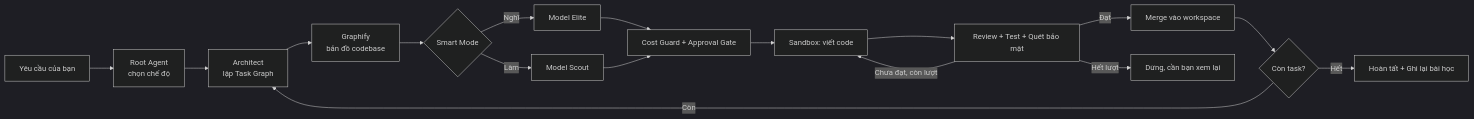
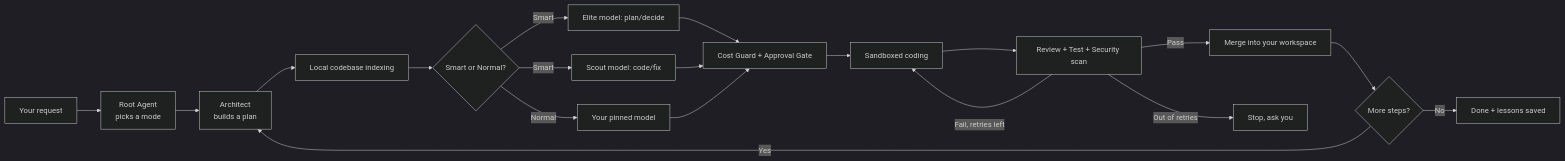
One commit to oree-nguyen/darkshark changed the diagram in README.md. Above: the diagram before and after it, drawn with Mermaid (dark theme). The commit also changed other lines of this file, not shown here.

````diff
--- a/README.md
+++ b/README.md
@@ -95,19 +139,21 @@
 ```mermaid
 flowchart LR
-    A[Yêu cầu của bạn] --> B[Root Agent<br/>chọn chế độ]
-    B --> C[Architect<br/>lập Task Graph]
-    C --> D[Graphify<br/>bản đồ codebase]
-    D --> E{Smart Mode}
-    E -->|Nghĩ| F[Model Elite]
-    E -->|Làm| G[Model Scout]
-    F --> H[Cost Guard + Approval Gate]
-    G --> H
-    H --> I[Sandbox: viết code]
-    I --> J[Review + Test + Quét bảo mật]
-    J -->|Đạt| K[Merge vào workspace]
-    J -->|Chưa đạt, còn lượt| I
-    J -->|Hết lượt| L[Dừng, cần bạn xem lại]
-    K --> M{Còn task?}
-    M -->|Còn| C
-    M -->|Hết| N[Hoàn tất + Ghi lại bài học]
+    A[Your request] --> B[Root Agent<br/>picks a mode]
+    B --> C[Architect<br/>builds a plan]
+    C --> D[Local codebase indexing]
+    D --> E{Smart or Normal?}
+    E -->|Smart| F[Elite model: plan/decide]
+    E -->|Smart| G[Scout model: code/fix]
+    E -->|Normal| H[Your pinned model]
+    F --> I[Cost Guard + Approval Gate]
+    G --> I
+    H --> I
+    I --> J[Sandboxed coding]
+    J --> K[Review + Test + Security scan]
+    K -->|Pass| L[Merge into your workspace]
+    K -->|Fail, retries left| J
+    K -->|Out of retries| M[Stop, ask you]
+    L --> N{More steps?}
+    N -->|Yes| C
+    N -->|No| O[Done + lessons saved]
 ```
````
